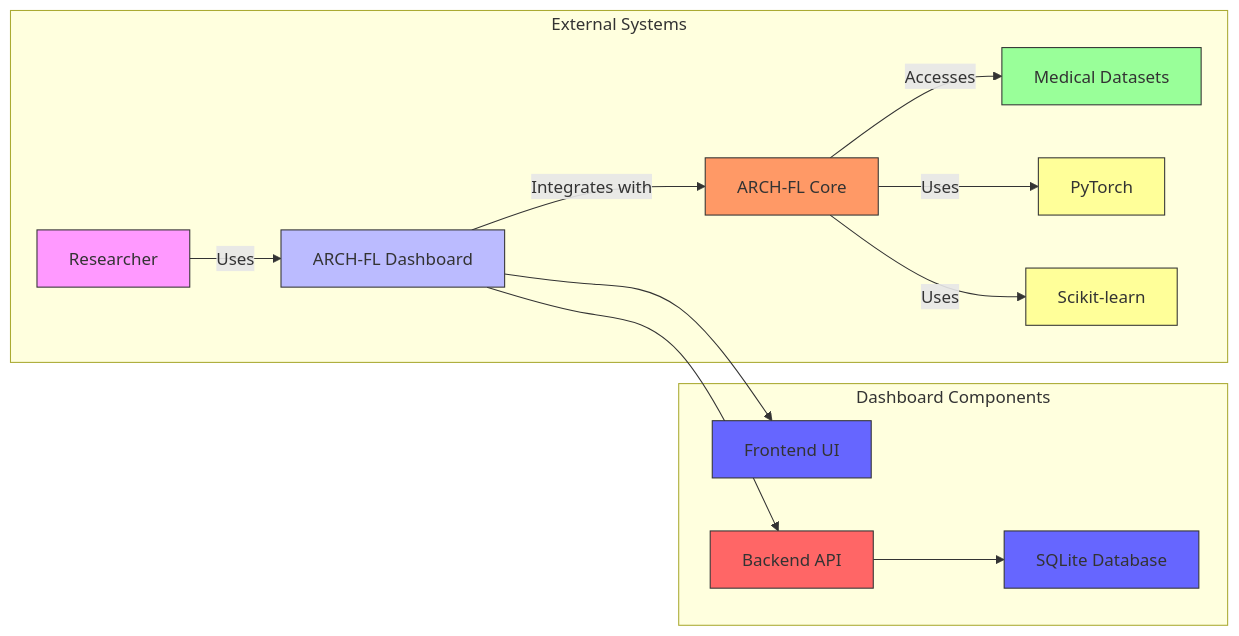
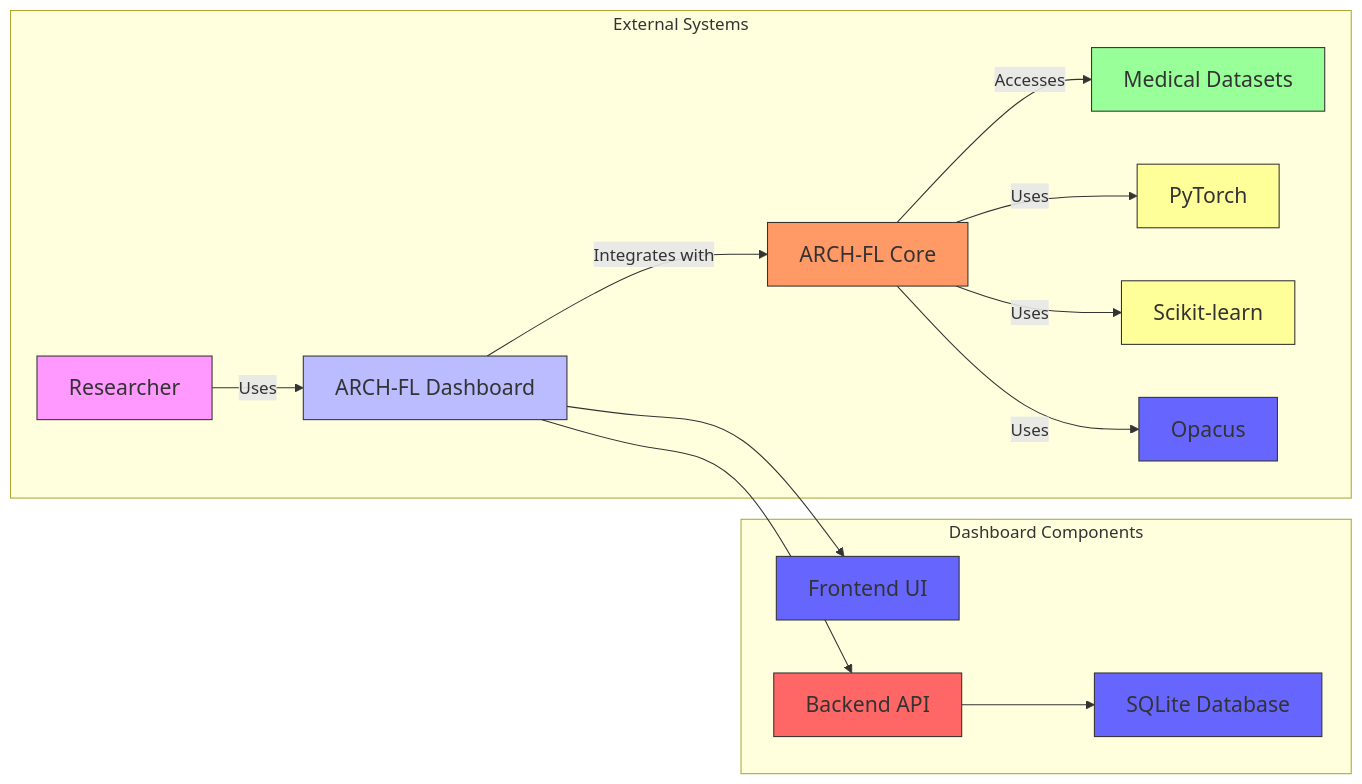
Before and after one commit to skye-cyber/ARCH-FL: the third of 8 diagrams in dashboard/docs/CHAPTER_4.md, drawn with Mermaid. The commit also changed other lines of this file and 3 other files, not shown here.

````diff
--- a/dashboard/docs/CHAPTER_4.md
+++ b/dashboard/docs/CHAPTER_4.md
@@ -136,26 +136,28 @@
 ```mermaid
 graph LR
     subgraph External Systems
         A[Researcher] -->|Uses| B[ARCH-FL Dashboard]
         B -->|Integrates with| C[ARCH-FL Core]
         C -->|Accesses| D[Medical Datasets]
         C -->|Uses| E[PyTorch]
         C -->|Uses| F[Scikit-learn]
+        C -->|Uses| J[Opacus]
     end
-    
+
     subgraph Dashboard Components
         B --> G[Frontend UI]
         B --> H[Backend API]
         H --> I[SQLite Database]
     end
-    
-    style A fill:#f9f,stroke:#333
-    style B fill:#bbf,stroke:#333
-    style C fill:#f96,stroke:#333
-    style D fill:#9f9,stroke:#333
-    style E fill:#ff9,stroke:#333
-    style F fill:#ff9,stroke:#333
-    style G fill:#66f,stroke:#333
-    style H fill:#f66,stroke:#333
-    style I fill:#66f,stroke:#333
+
+    style A fill:#f9f,stroke:#333,font-size:20px;
+    style B fill:#bbf,stroke:#333,font-size:20px;
+    style C fill:#f96,stroke:#333,font-size:20px;
+    style D fill:#9f9,stroke:#333,font-size:20px;
+    style E fill:#ff9,stroke:#333,font-size:20px;
+    style F fill:#ff9,stroke:#333,font-size:20px;
+    style G fill:#66f,stroke:#333,font-size:20px;
+    style H fill:#f66,stroke:#333,font-size:20px;
+    style I fill:#66f,stroke:#333,font-size:20px;
+    style J fill:#66f,stroke:#333,font-size:20px;
 ```
````
